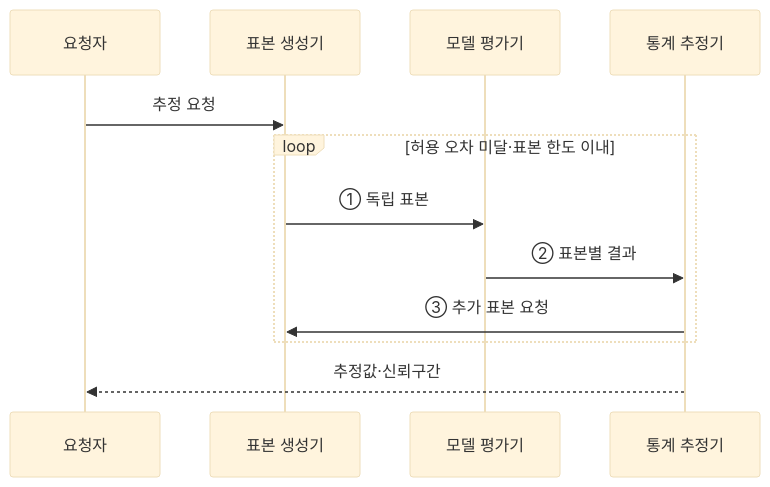
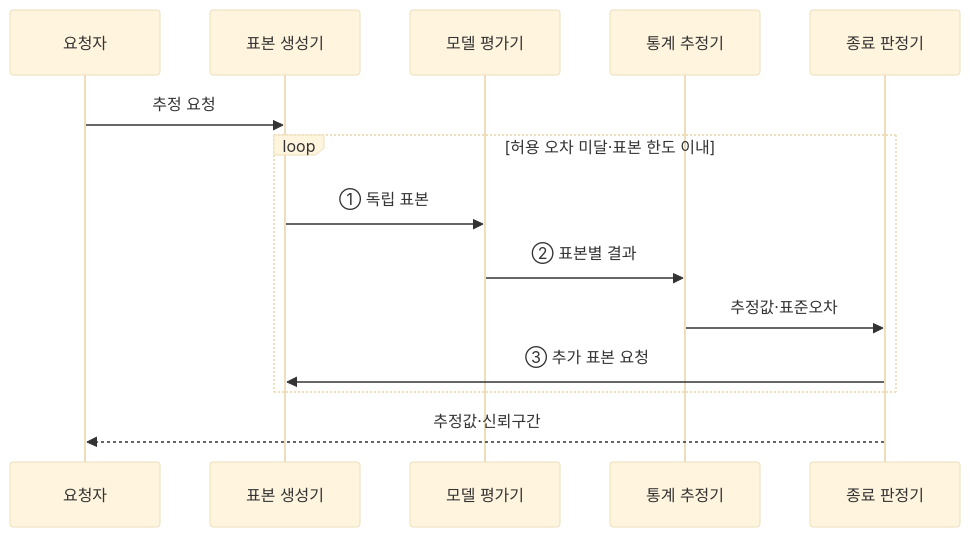
The fourth of 4 diagrams in src/content/docs/notes/01-basic-theory/017_monte_carlo.md (agnusdei1207/knowledge-base), drawn with Mermaid (base theme) before and after one commit. The commit also changed other lines of this file and 18 other files, not shown here.

````diff
--- a/src/content/docs/notes/01-basic-theory/017_monte_carlo.md
+++ b/src/content/docs/notes/01-basic-theory/017_monte_carlo.md
@@ -99,14 +112,16 @@
 ```mermaid
 sequenceDiagram
     participant Q as 요청자
     participant G as 표본 생성기
     participant M as 모델 평가기
     participant E as 통계 추정기
+    participant C as 종료 판정기
     Q->>G: 추정 요청
     loop 허용 오차 미달·표본 한도 이내
         G->>M: ① 독립 표본
         M->>E: ② 표본별 결과
-        E->>G: ③ 추가 표본 요청
+        E->>C: 추정값·표준오차
+        C->>G: ③ 추가 표본 요청
     end
-    E-->>Q: 추정값·신뢰구간
+    C-->>Q: 추정값·신뢰구간
 ```
````
